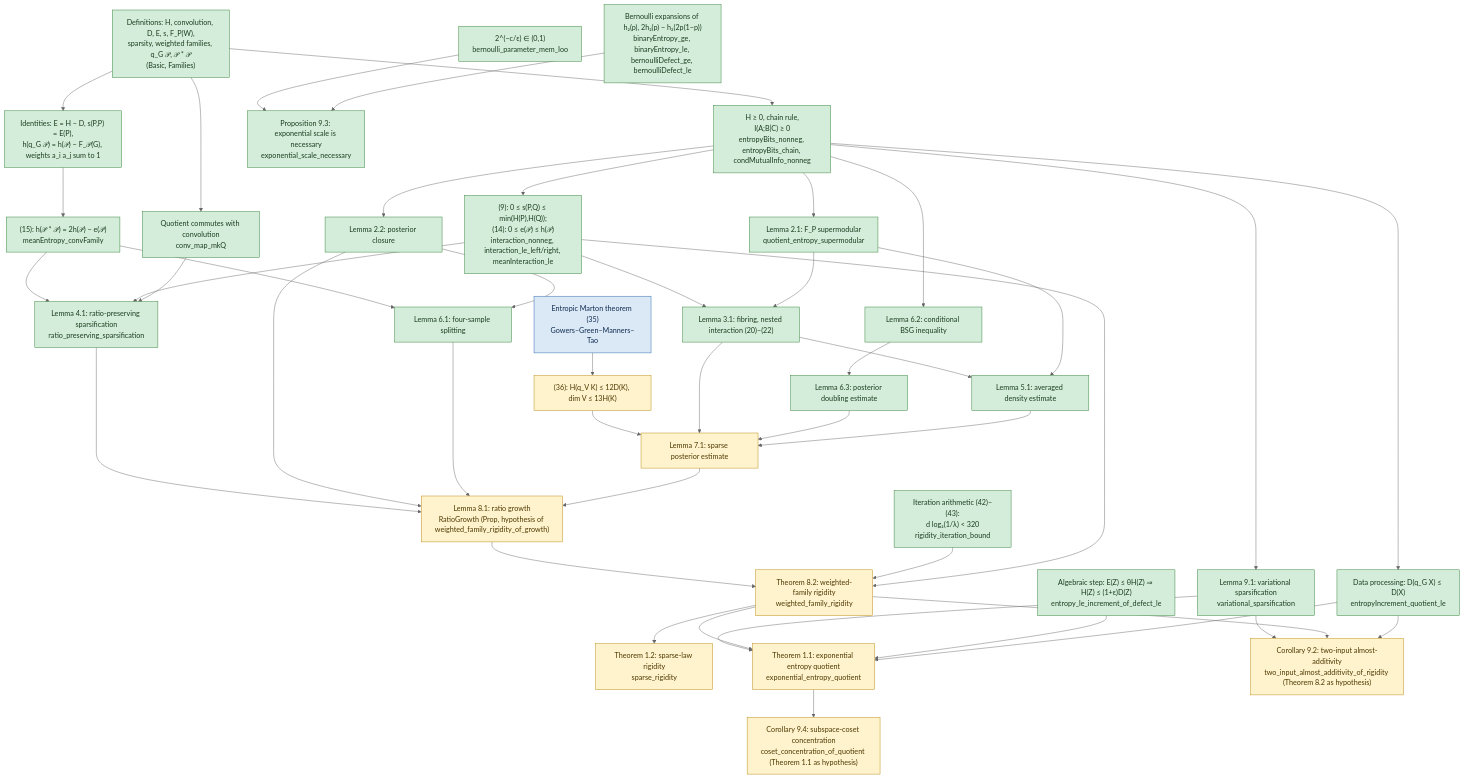
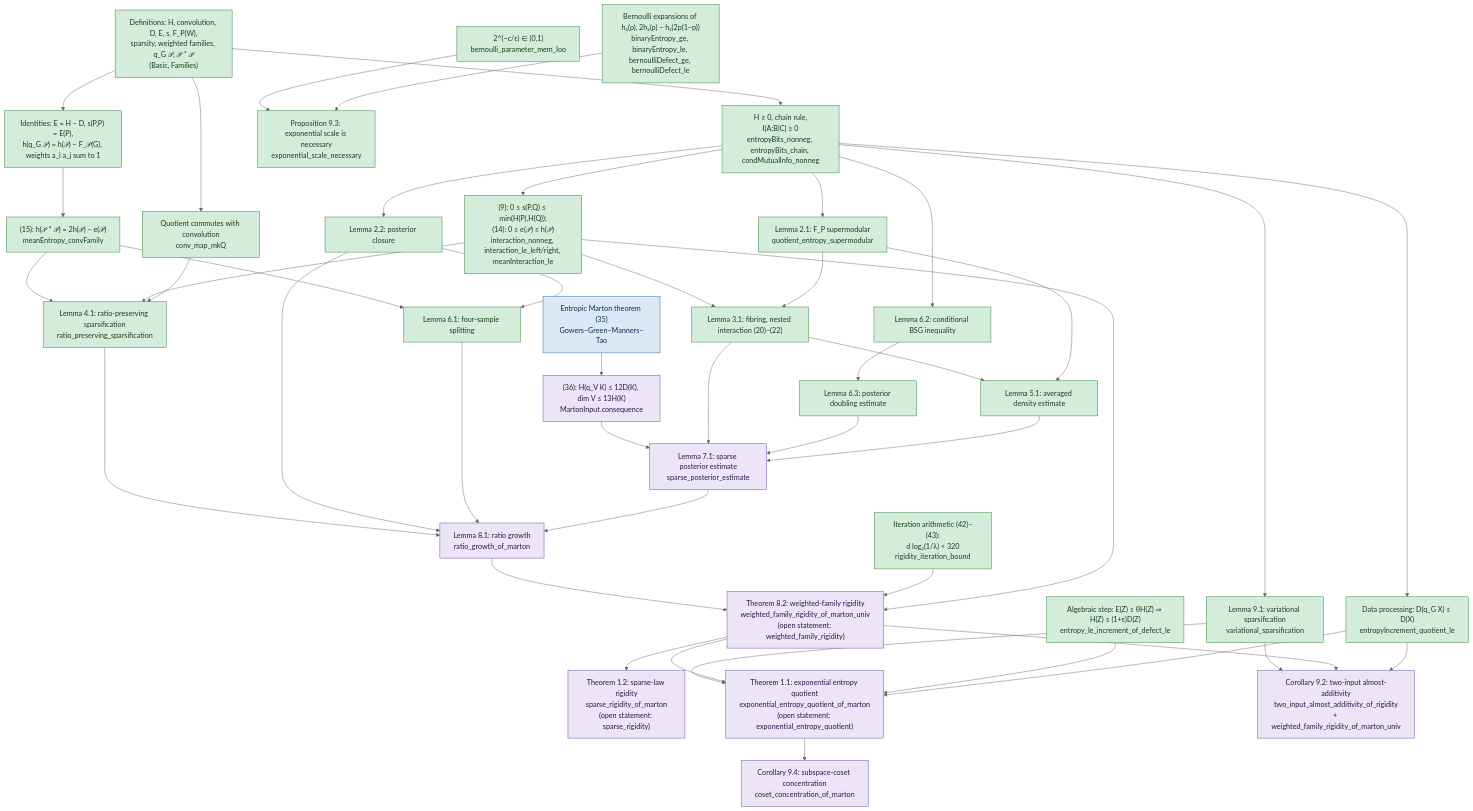
The diagram in docs/DEPENDENCIES.md (JosiahPark/entropy-quotients-lean), drawn with Mermaid (neutral theme) before and after one commit. The commit also changed other lines of this file, not shown here.

Commit message:
formalize: H1 chart class conditional (proved in Lean from (35) as a hypothesis)

```diff
--- a/docs/DEPENDENCIES.md
+++ b/docs/DEPENDENCIES.md
@@ -17,6 +18,7 @@
   classDef stated fill:#fff3cd,stroke:#b8860b,color:#4d3800
   classDef missing fill:#eceff1,stroke:#78909c,color:#263238
   classDef external fill:#dbe9f7,stroke:#1f5fa8,color:#0d2a4d
+  classDef conditional fill:#ece4f7,stroke:#6a3fa0,color:#2b1745
 
   %% Definitions and elementary identities
   DEF["Definitions: H, convolution, D, E, s, F_P(W),<br/>sparsity, weighted families, q_G 𝒫, 𝒫 * 𝒫<br/>(Basic, Families)"]:::proved
@@ -41,22 +43,22 @@
   L62["Lemma 6.2: conditional BSG inequality"]:::proved
   L63["Lemma 6.3: posterior doubling estimate"]:::proved
   MAR["Entropic Marton theorem (35)<br/>Gowers–Green–Manners–Tao"]:::external
-  E36["(36): H(q_V K) ≤ 12D(K), dim V ≤ 13H(K)"]:::stated
-  L71["Lemma 7.1: sparse posterior estimate"]:::stated
+  E36["(36): H(q_V K) ≤ 12D(K), dim V ≤ 13H(K)<br/>MartonInput.consequence"]:::conditional
+  L71["Lemma 7.1: sparse posterior estimate<br/>sparse_posterior_estimate"]:::conditional
 
   %% Section 8
-  L81["Lemma 8.1: ratio growth<br/>RatioGrowth (Prop, hypothesis of weighted_family_rigidity_of_growth)"]:::stated
+  L81["Lemma 8.1: ratio growth<br/>ratio_growth_of_marton"]:::conditional
   ARITH["Iteration arithmetic (42)–(43):<br/>d log₂(1/λ) < 320<br/>rigidity_iteration_bound"]:::proved
-  T82["Theorem 8.2: weighted-family rigidity<br/>weighted_family_rigidity"]:::stated
-  T12["Theorem 1.2: sparse-law rigidity<br/>sparse_rigidity"]:::stated
+  T82["Theorem 8.2: weighted-family rigidity<br/>weighted_family_rigidity_of_marton_univ<br/>(open statement: weighted_family_rigidity)"]:::conditional
+  T12["Theorem 1.2: sparse-law rigidity<br/>sparse_rigidity_of_marton<br/>(open statement: sparse_rigidity)"]:::conditional
 
   %% Section 9
   L91["Lemma 9.1: variational sparsification<br/>variational_sparsification"]:::proved
-  T11["Theorem 1.1: exponential entropy quotient<br/>exponential_entropy_quotient"]:::stated
-  C92["Corollary 9.2: two-input almost-additivity<br/>two_input_almost_additivity_of_rigidity (Theorem 8.2 as hypothesis)"]:::stated
+  T11["Theorem 1.1: exponential entropy quotient<br/>exponential_entropy_quotient_of_marton<br/>(open statement: exponential_entropy_quotient)"]:::conditional
+  C92["Corollary 9.2: two-input almost-additivity<br/>two_input_almost_additivity_of_rigidity<br/>+ weighted_family_rigidity_of_marton_univ"]:::conditional
   BEXP["Bernoulli expansions of h₂(p), 2h₂(p) − h₂(2p(1−p))<br/>binaryEntropy_ge, binaryEntropy_le, bernoulliDefect_ge, bernoulliDefect_le"]:::proved
   P93["Proposition 9.3: exponential scale is necessary<br/>exponential_scale_necessary"]:::proved
-  C94["Corollary 9.4: subspace-coset concentration<br/>coset_concentration_of_quotient (Theorem 1.1 as hypothesis)"]:::stated
+  C94["Corollary 9.4: subspace-coset concentration<br/>coset_concentration_of_marton"]:::conditional
 
   DEF --> ID
   DEF --> NN
```
